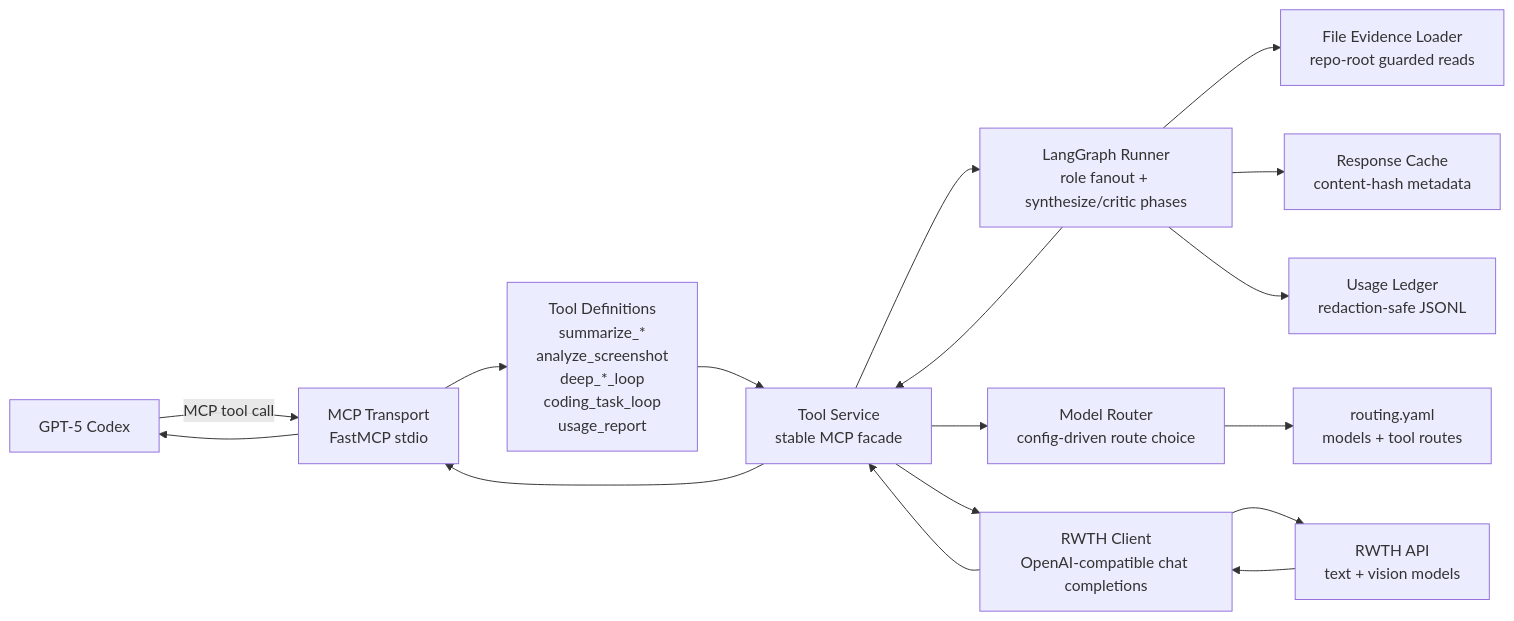
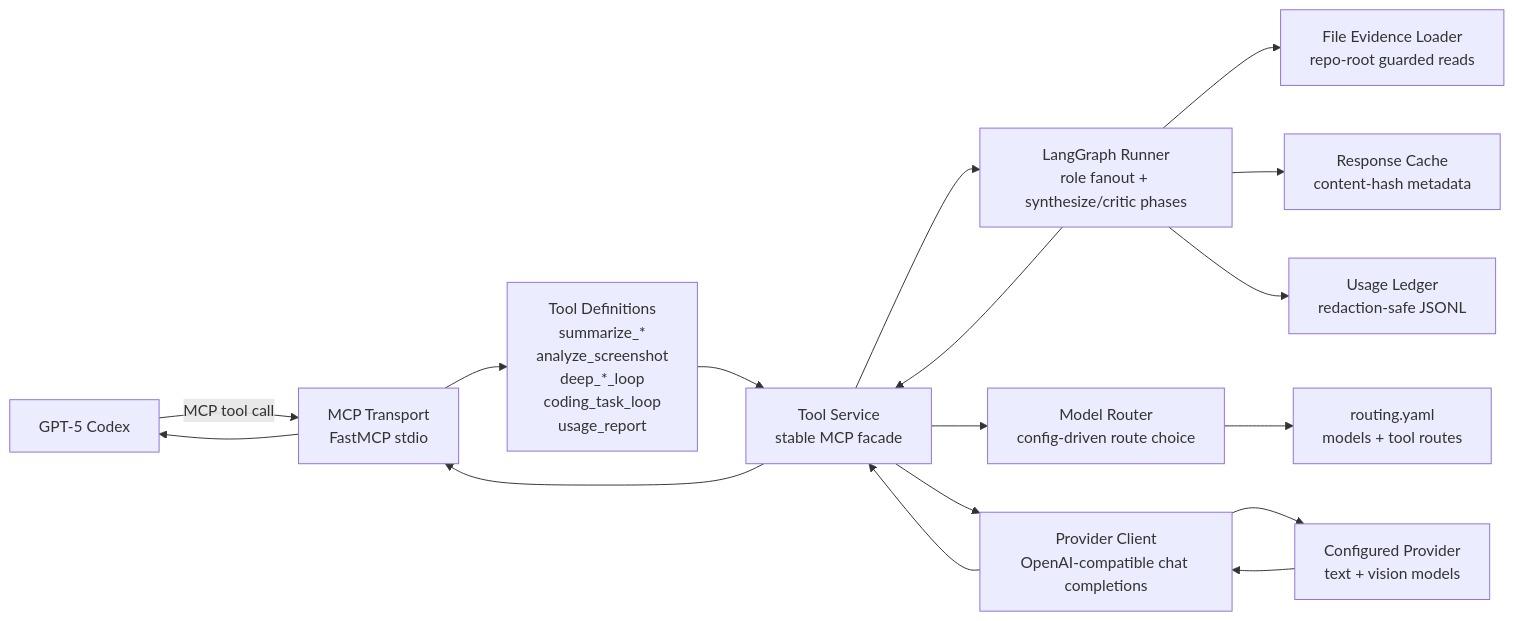
The diagram in docs/architecture.md (Solar-Tim/codex-rwth-mcp), drawn with Mermaid before and after one commit. The commit also changed other lines of this file and 25 other files, not shown here.

Commit message:
chore: rename project to codex deep loop mcp

````diff
--- a/docs/architecture.md
+++ b/docs/architecture.md
@@ -11,16 +11,16 @@
 ```mermaid
 flowchart LR
     Codex["GPT-5 Codex"] -->|"MCP tool call"| MCP["MCP Transport\nFastMCP stdio"]
     MCP --> Tools["Tool Definitions\nsummarize_*\nanalyze_screenshot\ndeep_*_loop\ncoding_task_loop\nusage_report"]
     Tools --> Service["Tool Service\nstable MCP facade"]
     Service --> Graph["LangGraph Runner\nrole fanout + synthesize/critic phases"]
     Graph --> Evidence["File Evidence Loader\nrepo-root guarded reads"]
     Graph --> Cache["Response Cache\ncontent-hash metadata"]
     Graph --> Usage["Usage Ledger\nredaction-safe JSONL"]
     Service --> Router["Model Router\nconfig-driven route choice"]
     Router --> Config["routing.yaml\nmodels + tool routes"]
     Graph --> Service
-    Service --> Client["RWTH Client\nOpenAI-compatible chat completions"]
-    Client --> RWTH["RWTH API\ntext + vision models"]
-    RWTH --> Client --> Service --> MCP --> Codex
+    Service --> Client["Provider Client\nOpenAI-compatible chat completions"]
+    Client --> Provider["Configured Provider\ntext + vision models"]
+    Provider --> Client --> Service --> MCP --> Codex
 ```
````
